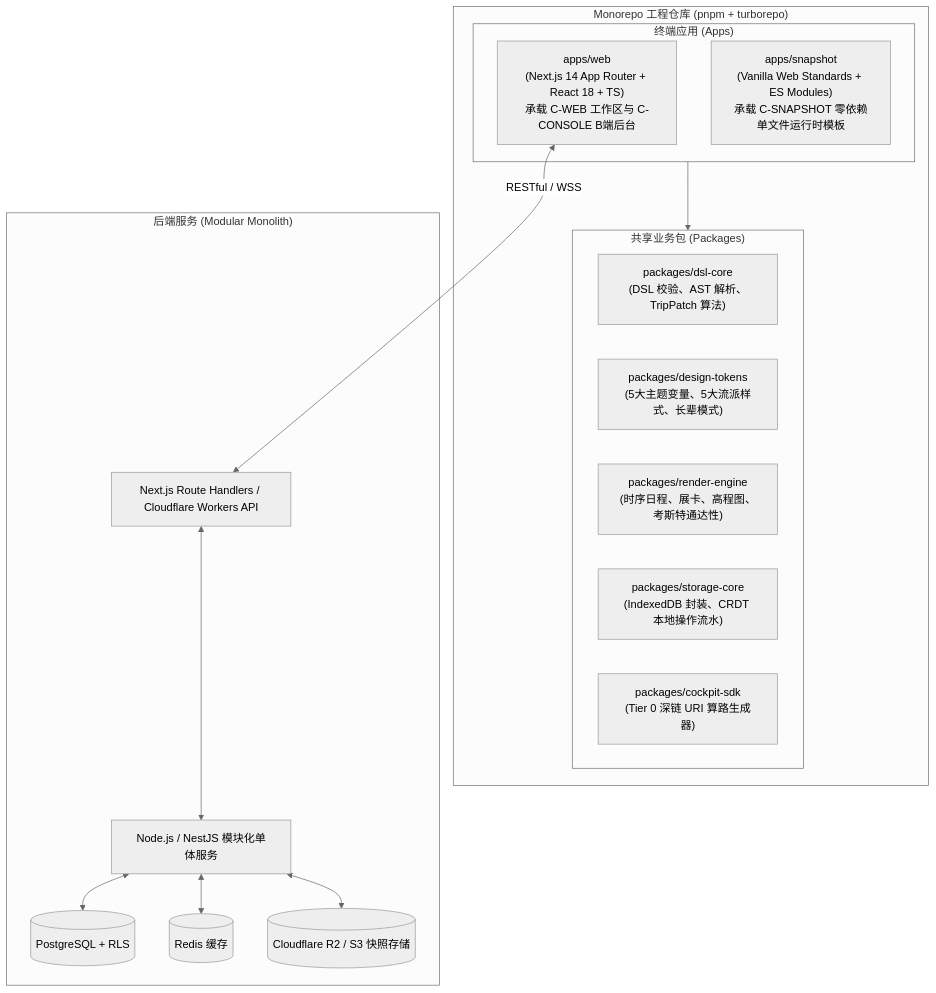
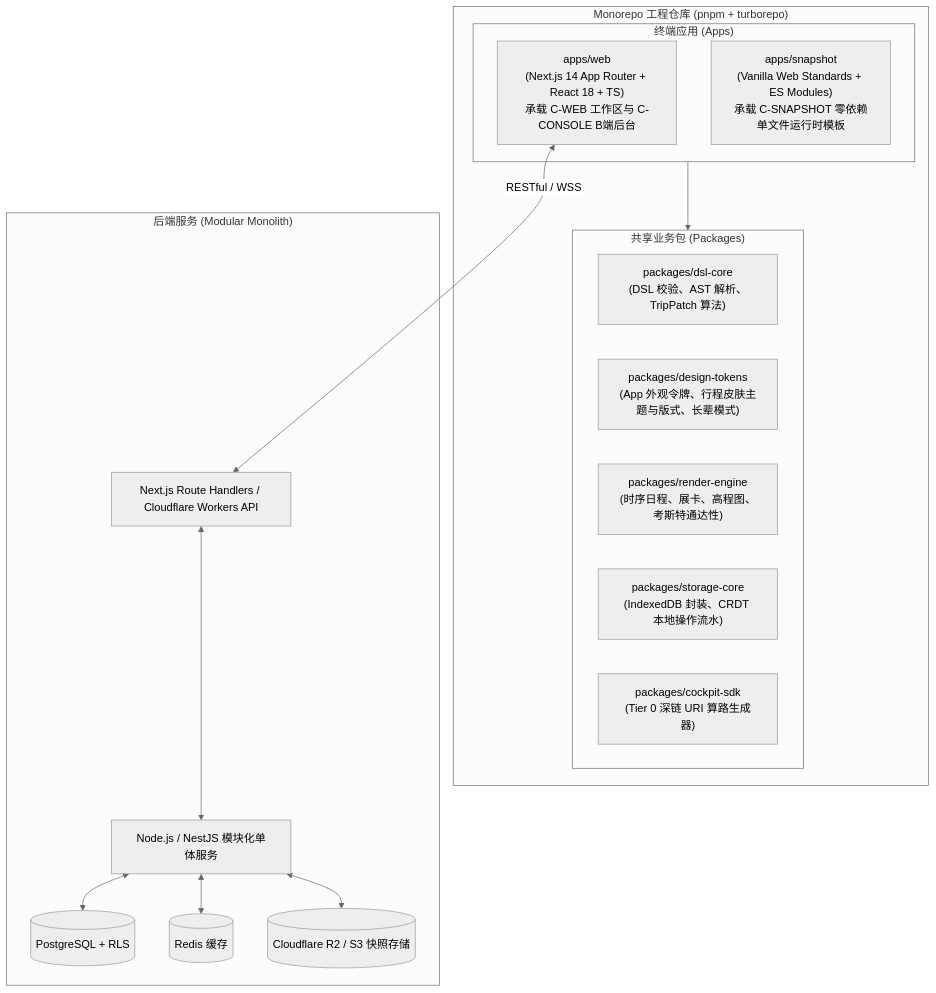
Before and after one commit to JohnMaxwell0123/TripCraft: the first of 7 diagrams in docs/architecture/ARC-10-web-system-design.md, drawn with Mermaid (neutral theme). The commit also changed other lines of this file and 18 other files, not shown here.

````diff
--- a/docs/architecture/ARC-10-web-system-design.md
+++ b/docs/architecture/ARC-10-web-system-design.md
@@ -57,31 +57,31 @@
 ```mermaid
 flowchart TB
     subgraph MONO["Monorepo 工程仓库 (pnpm + turborepo)"]
         subgraph APPS["终端应用 (Apps)"]
             WEB["apps/web<br/>(Next.js 14 App Router + React 18 + TS)<br/>承载 C-WEB 工作区与 C-CONSOLE B端后台"]
             SNAPSHOT["apps/snapshot<br/>(Vanilla Web Standards + ES Modules)<br/>承载 C-SNAPSHOT 零依赖单文件运行时模板"]
         end
 
         subgraph PACKAGES["共享业务包 (Packages)"]
             CORE["packages/dsl-core<br/>(DSL 校验、AST 解析、TripPatch 算法)"]
-            TOKENS["packages/design-tokens<br/>(5大主题变量、5大流派样式、长辈模式)"]
+            TOKENS["packages/design-tokens<br/>(App 外观令牌、行程皮肤主题与版式、长辈模式)"]
             RENDER["packages/render-engine<br/>(时序日程、展卡、高程图、考斯特通达性)"]
             STORAGE["packages/storage-core<br/>(IndexedDB 封装、CRDT 本地操作流水)"]
             COCKPIT["packages/cockpit-sdk<br/>(Tier 0 深链 URI 算路生成器)"]
         end
 
         APPS --> PACKAGES
     end
 
     subgraph BACKEND["后端服务 (Modular Monolith)"]
         BFF["Next.js Route Handlers / Cloudflare Workers API"]
         CORE_SRV["Node.js / NestJS 模块化单体服务"]
         DB[(PostgreSQL + RLS)]
         REDIS[(Redis 缓存)]
         R2[(Cloudflare R2 / S3 快照存储)]
     end
 
     WEB <-->|RESTful / WSS| BFF
     BFF <--> CORE_SRV
     CORE_SRV <--> DB & REDIS & R2
 ```
````
